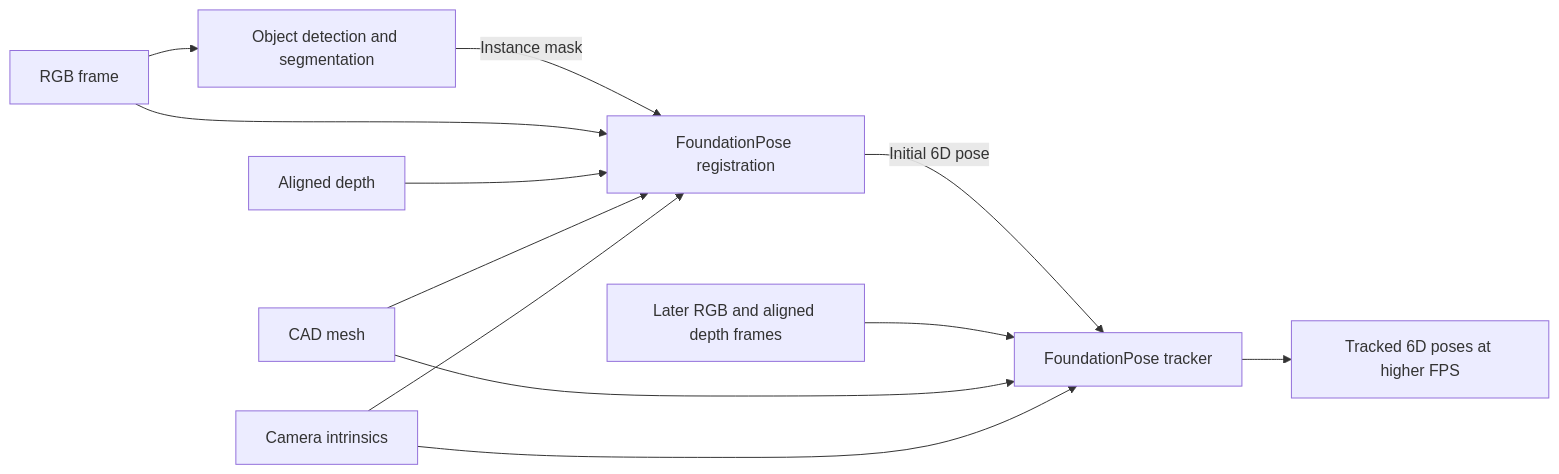
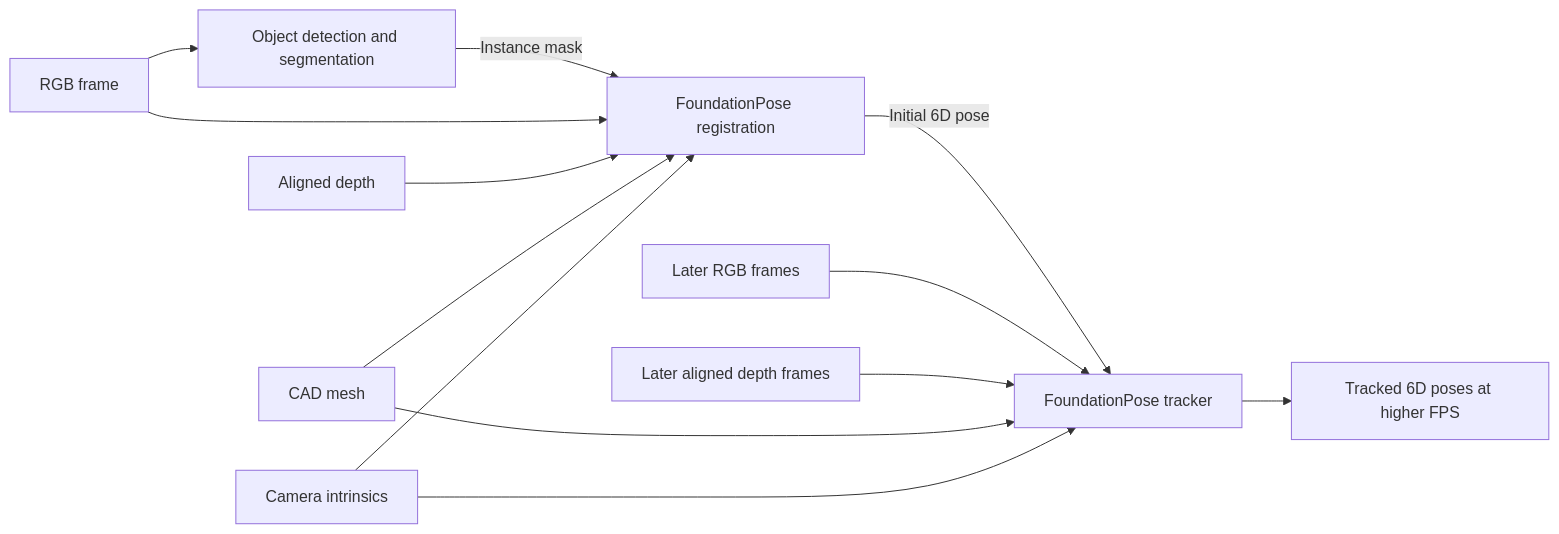
Before and after one commit to leochien1110/foundationpose-showroom: the diagram in README.md, drawn with Mermaid.

Commit message:
Show separate RGB and depth inputs for tracking

````diff
--- a/README.md
+++ b/README.md
@@ -103,14 +103,15 @@
 ```mermaid
 flowchart LR
     rgb["RGB frame"] --> detector["Object detection and segmentation"]
     detector -->|Instance mask| register["FoundationPose registration"]
     rgb --> register
     depth["Aligned depth"] --> register
     cad["CAD mesh"] --> register
     intrinsics["Camera intrinsics"] --> register
     register -->|Initial 6D pose| tracker["FoundationPose tracker"]
-    next["Later RGB and aligned depth frames"] --> tracker
+    next_rgb["Later RGB frames"] --> tracker
+    next_depth["Later aligned depth frames"] --> tracker
     cad --> tracker
     intrinsics --> tracker
     tracker --> poses["Tracked 6D poses at higher FPS"]
 ```
````
